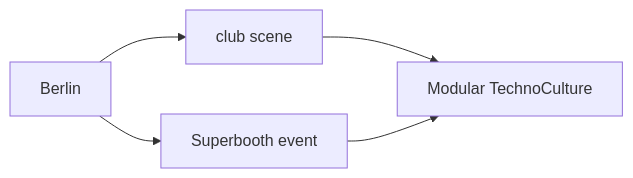
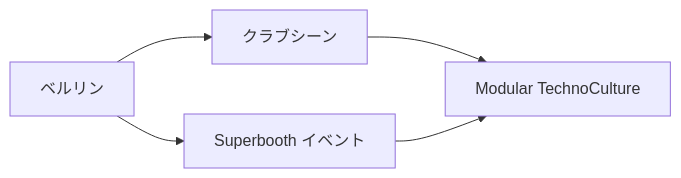
Before and after one commit to monumental-movement/monumental-movement.github.io: the sixth of 12 diagrams in en/_posts/2025-11-30-column-modular-techno.md, drawn with Mermaid. The commit also changed other lines of this file and 2196 other files, not shown here.

```diff
--- a/en/_posts/2025-11-30-column-modular-techno.md
+++ b/en/_posts/2025-11-30-column-modular-techno.md
@@ -186,7 +186,7 @@
 <div class="mermaid">
 graph LR
-    Berlin[Berlin] --> Clubs[club scene]
-    Berlin --> Superbooth[Superbooth event]
+    Berlin[ベルリン] --> Clubs[クラブシーン]
+    Berlin --> Superbooth[Superbooth イベント]
     Clubs --> ModularTechno[Modular TechnoCulture]
     Superbooth --> ModularTechno
 </div>
```
